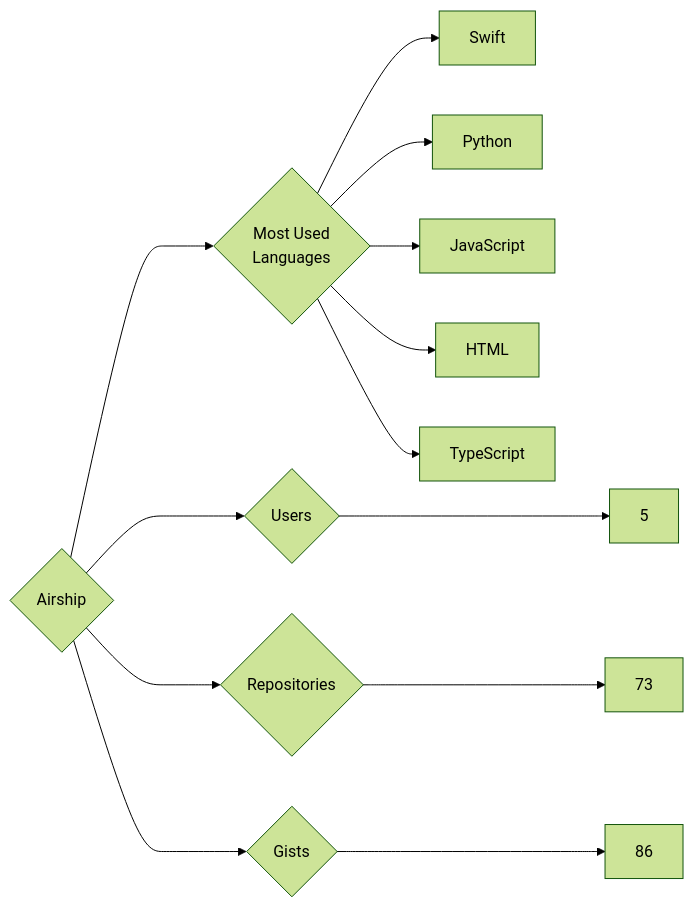
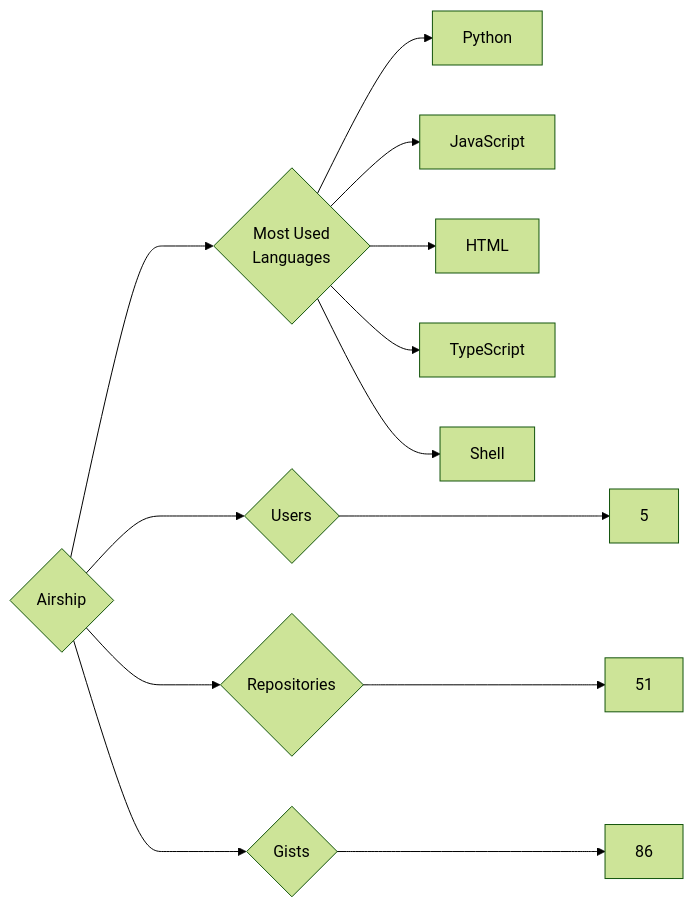
Before and after one commit to trickest/insiders: the diagram in targets/Airship/README.md, drawn with Mermaid (forest theme). The commit also changed 1007 other files, not shown here.

````diff
--- a/targets/Airship/README.md
+++ b/targets/Airship/README.md
@@ -3,13 +3,13 @@
 ```mermaid
 graph LR
 COMPANY_NAME{Airship}
 COMPANY_NAME ---> U{Users} ---> UN[5]
-COMPANY_NAME ---> R{Repositories} ---> RN[73]
+COMPANY_NAME ---> R{Repositories} ---> RN[51]
 COMPANY_NAME ---> G{Gists} ---> GN[86]
 COMPANY_NAME ---> ML{Most Used<br>Languages}
-ML --> Swift[Swift]
 ML --> Python[Python]
 ML --> JavaScript[JavaScript]
 ML --> HTML[HTML]
 ML --> TypeScript[TypeScript]
+ML --> Shell[Shell]
 ```
````
